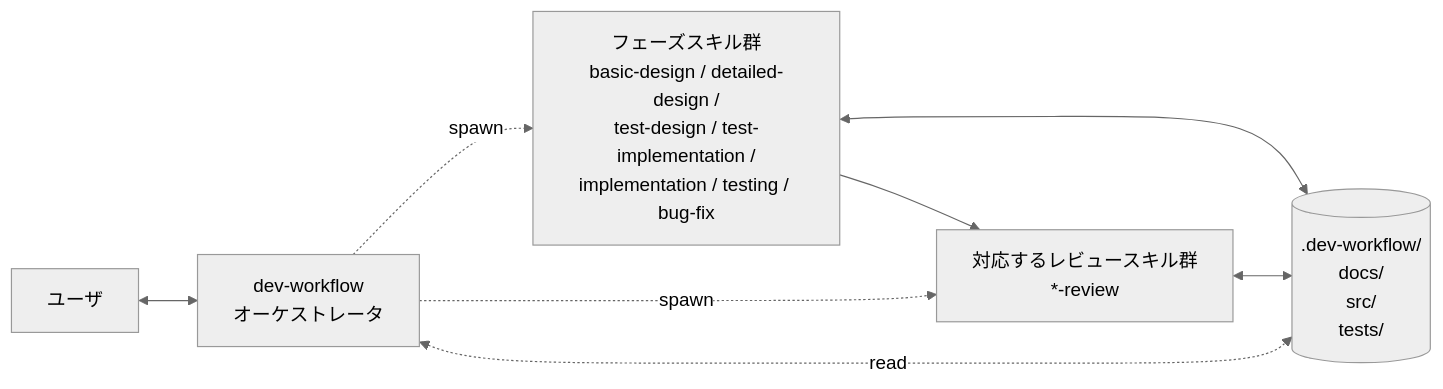
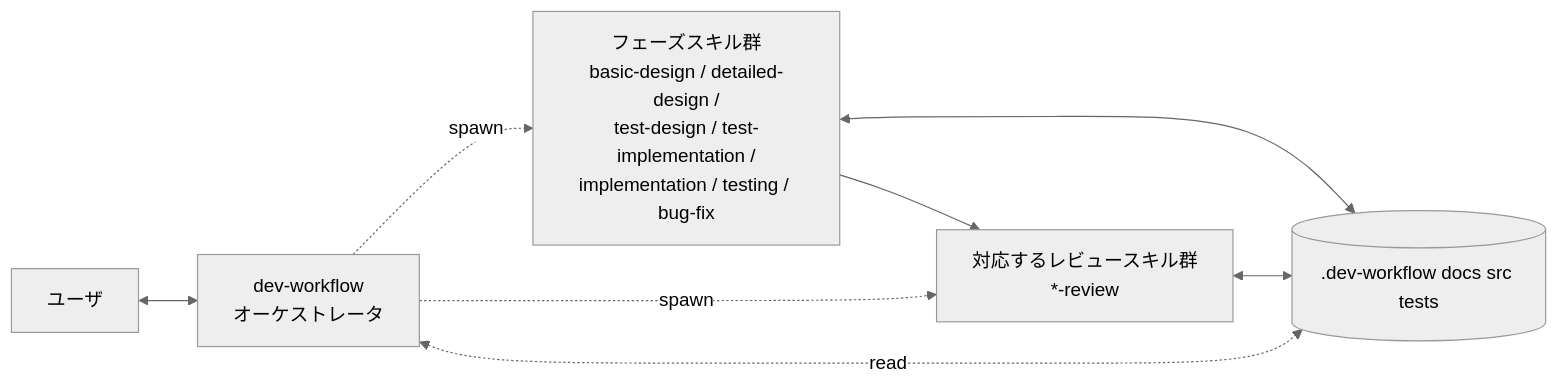
One commit to yamasuki-/software_dev_workflow changed the first of 3 diagrams in README.md. Above: the diagram before and after it, drawn with Mermaid (neutral theme). The commit also changed other lines of this file and 9 other files, not shown here.

````diff
--- a/README.md
+++ b/README.md
@@ -42,9 +42,9 @@
 ```mermaid
 flowchart LR
     User[ユーザ] <--> Orch[dev-workflow<br/>オーケストレータ]
     Orch -.spawn.-> Phase[フェーズスキル群<br/>basic-design / detailed-design /<br/>test-design / test-implementation /<br/>implementation / testing / bug-fix]
     Phase --> Review[対応するレビュースキル群<br/>*-review]
     Orch -.spawn.-> Review
-    Phase & Review <--> Files[(.dev-workflow/<br/>docs/<br/>src/<br/>tests/)]
+    Phase & Review <--> Files[(.dev-workflow docs src tests)]
     Orch <-.read.-> Files
 ```
````
